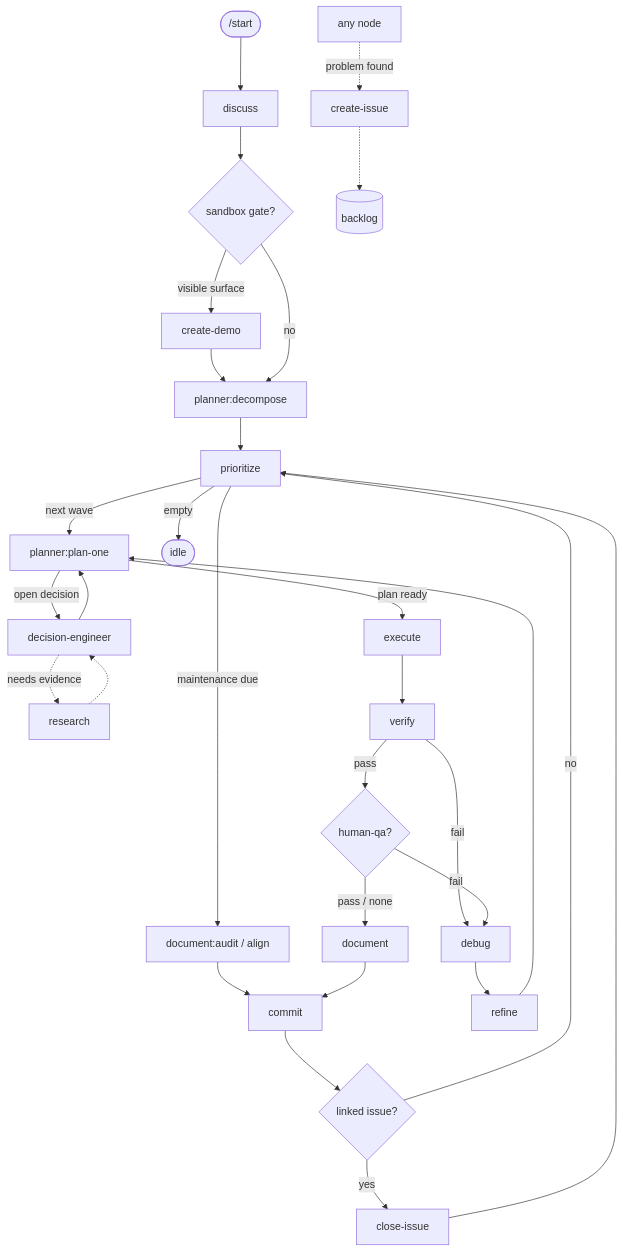
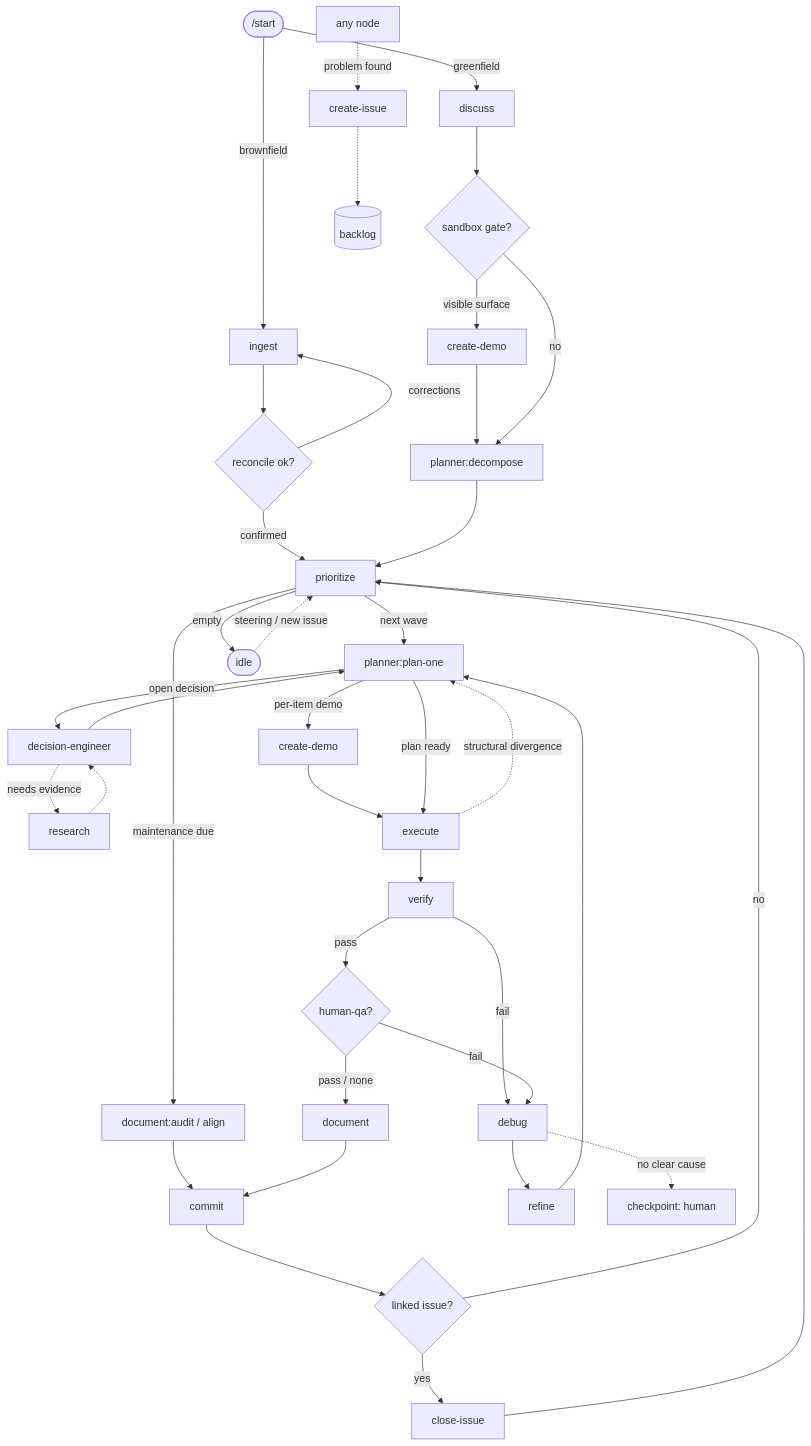
The diagram in templates/loop.md (guyomer1345/reeve), drawn with Mermaid before and after one commit. The commit also changed other lines of this file and 10 other files, not shown here.

````diff
--- a/templates/loop.md
+++ b/templates/loop.md
@@ -49,22 +59,29 @@
 ```mermaid
 flowchart TD
-  start([/start]) --> discuss
+  start([/start]) -->|greenfield| discuss
+  start -->|brownfield| ingest --> reconcile{reconcile ok?}
+  reconcile -->|confirmed| prioritize
+  reconcile -->|corrections| ingest
   discuss --> demo{sandbox gate?}
   demo -->|visible surface| create-demo --> dec[planner:decompose]
   demo -->|no| dec
   dec --> prioritize
   prioritize -->|next wave| plan[planner:plan-one]
   prioritize -->|maintenance due| maint[document:audit / align] --> commit
   prioritize -->|empty| idle([idle])
+  idle -.steering / new issue.-> prioritize
   plan -->|open decision| decision-engineer --> plan
   decision-engineer -.needs evidence.-> research -.-> decision-engineer
+  plan -->|per-item demo| pdemo[create-demo] --> execute
   plan -->|plan ready| execute --> verify
+  execute -.structural divergence.-> plan
   verify -->|pass| qa{human-qa?}
   verify -->|fail| debug --> refine --> plan
+  debug -.no clear cause.-> hcp[checkpoint: human]
   qa -->|pass / none| document
   qa -->|fail| debug
   document --> commit --> close{linked issue?}
   close -->|yes| close-issue --> prioritize
   close -->|no| prioritize
   any[any node] -.problem found.-> create-issue -.-> backlog[(backlog)]
 ```
````
